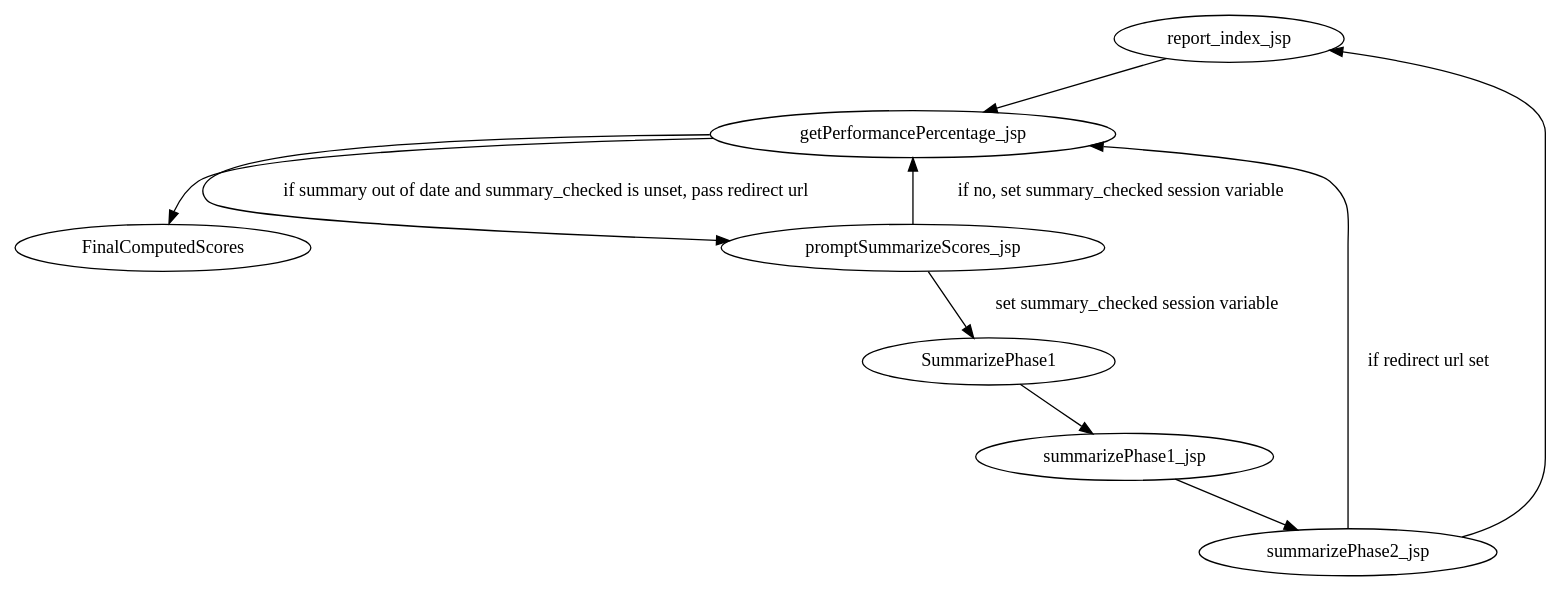
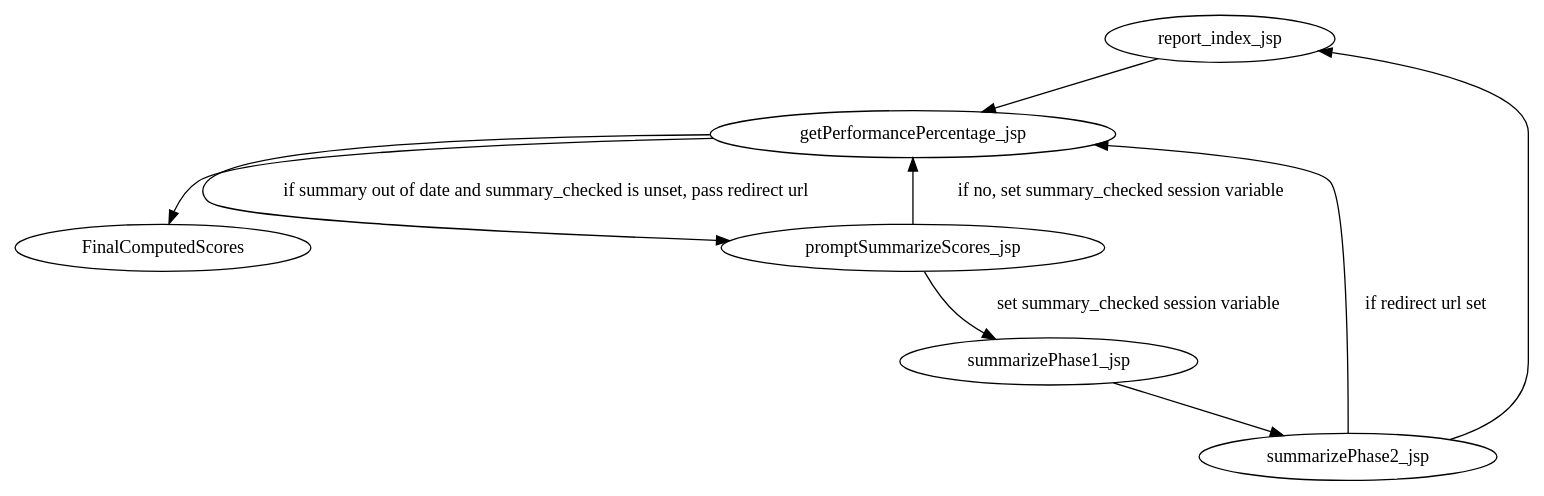
One commit to jpschewe/fll-sw changed the diagram in scoring/docs/workflows/final-computed-scores.dot. Above: the diagram before and after it, drawn with Graphviz. The commit also changed 1 other file, not shown here.

Commit message:
Correct redirect for computing summarized scores
When the user is prompted if scores should be summarized before
displaying a report the redirect to summarizePhase1 was incorrect.

```diff
--- a/scoring/docs/workflows/final-computed-scores.dot
+++ b/scoring/docs/workflows/final-computed-scores.dot
@@ -1,24 +1,22 @@
 digraph FinalComputedScores {
 
 report_index_jsp -> getPerformancePercentage_jsp;
 
 getPerformancePercentage_jsp -> FinalComputedScores;
 
 getPerformancePercentage_jsp -> promptSummarizeScores_jsp [label="if summary out of date and summary_checked is unset, pass redirect url"];
 
 
-promptSummarizeScores_jsp -> SummarizePhase1 [label="set summary_checked session variable"];
+promptSummarizeScores_jsp -> summarizePhase1_jsp [label="set summary_checked session variable"];
 
 promptSummarizeScores_jsp -> getPerformancePercentage_jsp [label="if no, set summary_checked session variable"];
 
-
-SummarizePhase1 -> summarizePhase1_jsp;
 
 summarizePhase1_jsp -> summarizePhase2_jsp;
 
 summarizePhase2_jsp -> report_index_jsp;
 
 summarizePhase2_jsp -> getPerformancePercentage_jsp [label="if redirect url set"];
 
 
 }
```
